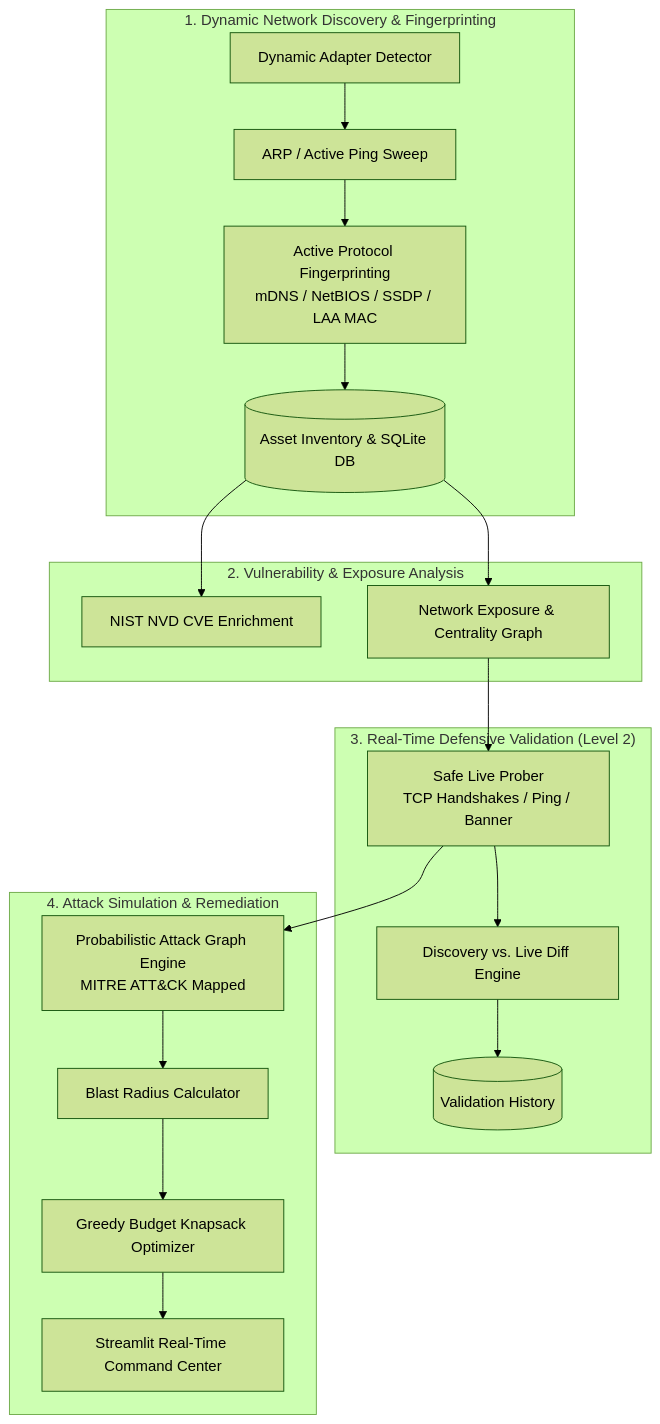
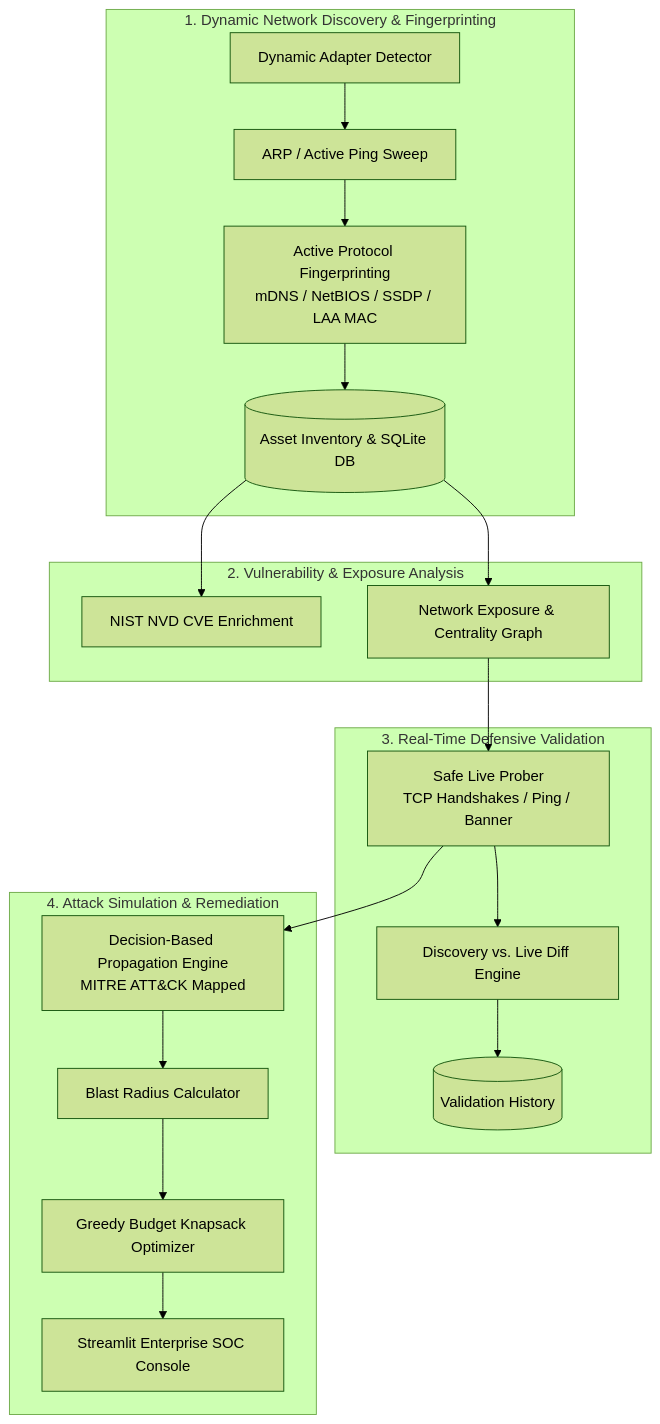
One commit to Anirudh-GM/ADAPTIVE-CYBER-DEFENSE-SYSTEM changed the diagram in README.md. Above: the diagram before and after it, drawn with Mermaid (forest theme). The commit also changed other lines of this file and 15 other files, not shown here.

Commit message:
feat: transform ACDS into Enterprise SOC Platform with 9 core views, real-time defensive validation, and interactive attack simulation

````diff
--- a/README.md
+++ b/README.md
@@ -53,26 +64,26 @@
 ```mermaid
 graph TD
     subgraph Discovery ["1. Dynamic Network Discovery & Fingerprinting"]
         ND[Dynamic Adapter Detector] --> ARP[ARP / Active Ping Sweep]
         ARP --> FP[Active Protocol Fingerprinting<br/>mDNS / NetBIOS / SSDP / LAA MAC]
         FP --> DB[(Asset Inventory & SQLite DB)]
     end
 
     subgraph Intelligence ["2. Vulnerability & Exposure Analysis"]
         DB --> NVD[NIST NVD CVE Enrichment]
         DB --> EXP[Network Exposure & Centrality Graph]
     end
 
-    subgraph Validation ["3. Real-Time Defensive Validation (Level 2)"]
+    subgraph Validation ["3. Real-Time Defensive Validation"]
         EXP --> LIVE[Safe Live Prober<br/>TCP Handshakes / Ping / Banner]
         LIVE --> DIFF[Discovery vs. Live Diff Engine]
         DIFF --> HIST[(Validation History)]
     end
 
     subgraph Simulation ["4. Attack Simulation & Remediation"]
-        LIVE --> SIM[Probabilistic Attack Graph Engine<br/>MITRE ATT&CK Mapped]
+        LIVE --> SIM[Decision-Based Propagation Engine<br/>MITRE ATT&CK Mapped]
         SIM --> BR[Blast Radius Calculator]
         BR --> OPT[Greedy Budget Knapsack Optimizer]
-        OPT --> UI[Streamlit Real-Time Command Center]
+        OPT --> UI[Streamlit Enterprise SOC Console]
     end
 ```
````
